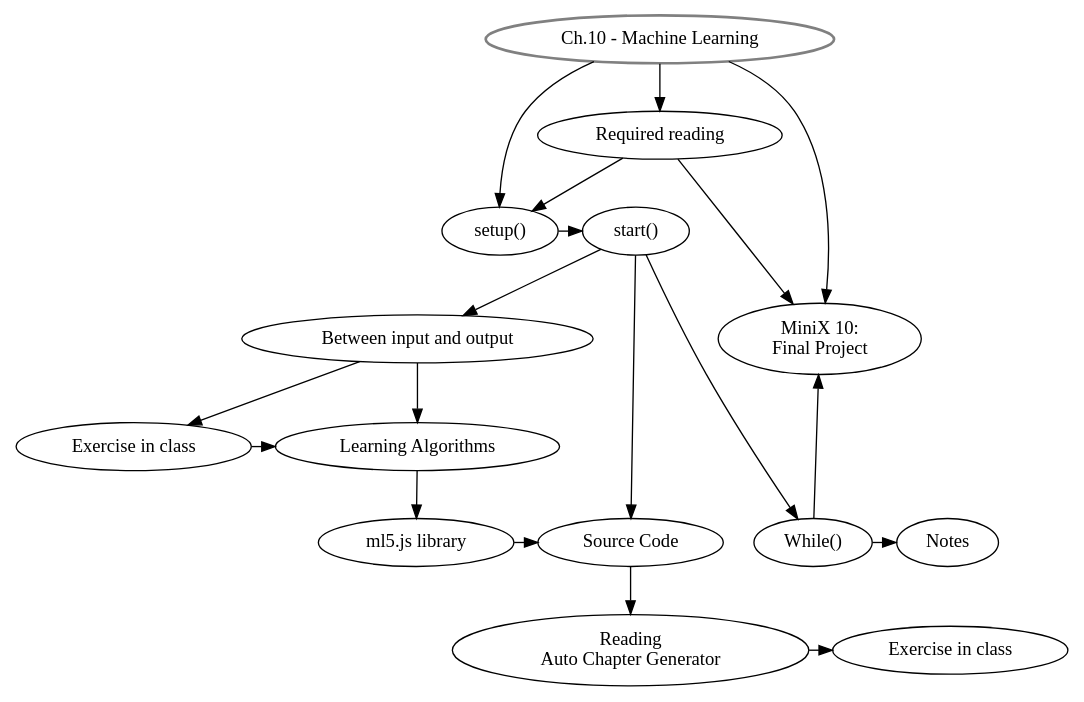
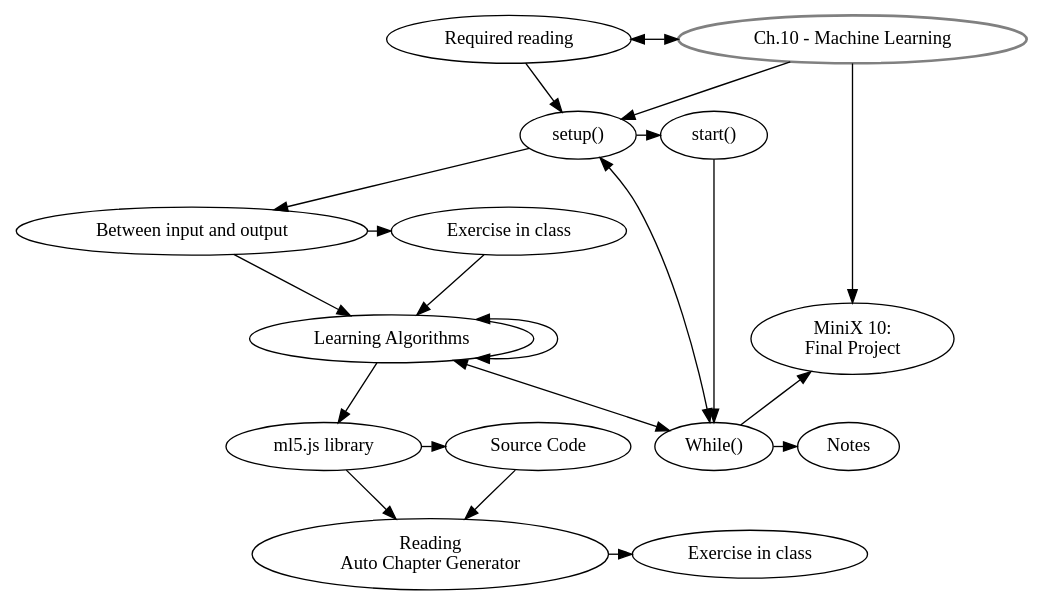
The diagram in graphviz/AP_ch10.dot (danbz/aesthetic-programming), drawn with Graphviz before and after one commit. The commit also changed 6 other files, not shown here.

Commit message:
update ch.9-10 flowcharts

```diff
--- a/graphviz/AP_ch10.dot
+++ b/graphviz/AP_ch10.dot
@@ -1,40 +1,48 @@
 digraph G {
 //labels
 GS [
 label="Ch.10 - Machine Learning",
 style=bold,
 color=grey,
 ]
 
 SU [label="setup()"]
 ST [label="start()"]
 IO [label="Between input and output"]
 EiC [label="Exercise in class"]
 LA [label="Learning Algorithms"]
 ml5 [label="ml5.js library"]
 SC [label="Source Code"]
 RAG [label="Reading \nAuto Chapter Generator"]
 EiC2 [label="Exercise in class"]
 MW [label="While()"]
 MX [label="MiniX 10: \nFinal Project"]
 RR [label="Required reading"]
 Notes [label="Notes"]
 
 //rank
+
+{rank = same; ml5, SC}
 {rank = same; SU, ST}
-{rank = same; MX, IO}
-{rank = same; MW, ml5, Notes}
-{rank = same; ml5, SC}
-{rank = same; EiC, LA}
 {rank = same; EiC2, RAG}
+{rank = same; MX, LA}
+{rank = same; IO, EiC}
+{rank = same; RR, GS}
+//{rank = same; EiC, LA}
+{rank = same; MW, Notes}
 
 //graph
-GS -> SU -> ST -> IO -> EiC;
-GS -> RR, MX;
-RR -> MX, SU;
-EiC -> LA;
+GS -> SU -> ST
+SU-> IO -> EiC;
+RR-> GS[dir=both, minlen=2];
+SU -> MW [dir=both];
+RR -> SU;
+EiC -> LA ;
+LA -> LA[dir=both];
+LA-> MW [dir=both];
 IO -> LA -> ml5 -> SC;
-ST -> SC -> RAG -> EiC2;
+SC -> RAG -> EiC2;
 ST -> MW -> Notes;
-MW -> MX;
+GS, MW -> MX;
+ml5 -> RAG;
 }
```
